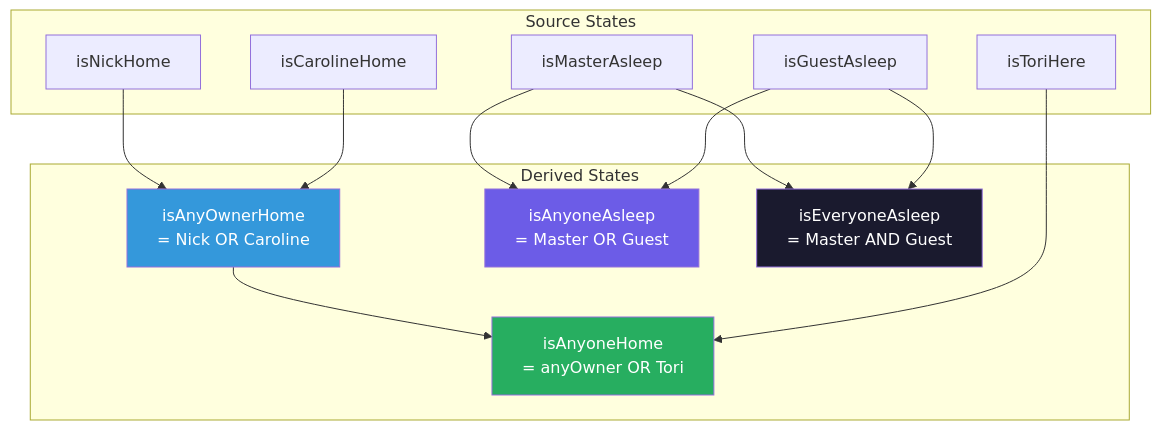
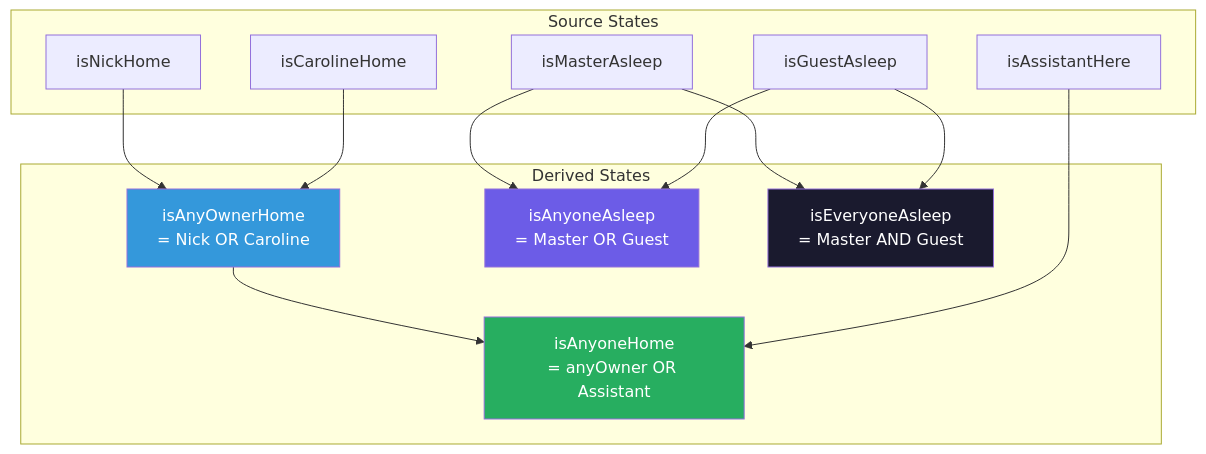
One commit to NickBorgers/home-automation changed the first of 6 diagrams in docs/flows/STATE_TRACKING.md. Above: the diagram before and after it, drawn with Mermaid. The commit also changed other lines of this file and 31 other files, not shown here.

````diff
--- a/docs/flows/STATE_TRACKING.md
+++ b/docs/flows/STATE_TRACKING.md
@@ -16,31 +16,31 @@
 ```mermaid
 flowchart TD
     subgraph Inputs["Source States"]
         nick["isNickHome"]
         caroline["isCarolineHome"]
-        tori["isToriHere"]
+        assistant["isAssistantHere"]
         master["isMasterAsleep"]
         guest["isGuestAsleep"]
     end
 
     subgraph Derived["Derived States"]
         anyOwner["isAnyOwnerHome<br/>= Nick OR Caroline"]
-        anyone["isAnyoneHome<br/>= anyOwner OR Tori"]
+        anyone["isAnyoneHome<br/>= anyOwner OR Assistant"]
         anyAsleep["isAnyoneAsleep<br/>= Master OR Guest"]
         everyAsleep["isEveryoneAsleep<br/>= Master AND Guest"]
     end
 
     nick --> anyOwner
     caroline --> anyOwner
     anyOwner --> anyone
-    tori --> anyone
+    assistant --> anyone
     master --> anyAsleep
     guest --> anyAsleep
     master --> everyAsleep
     guest --> everyAsleep
 
     style anyOwner fill:#3498db,color:#fff
     style anyone fill:#27ae60,color:#fff
     style anyAsleep fill:#6c5ce7,color:#fff
     style everyAsleep fill:#1a1a2e,color:#fff
 ```
````
